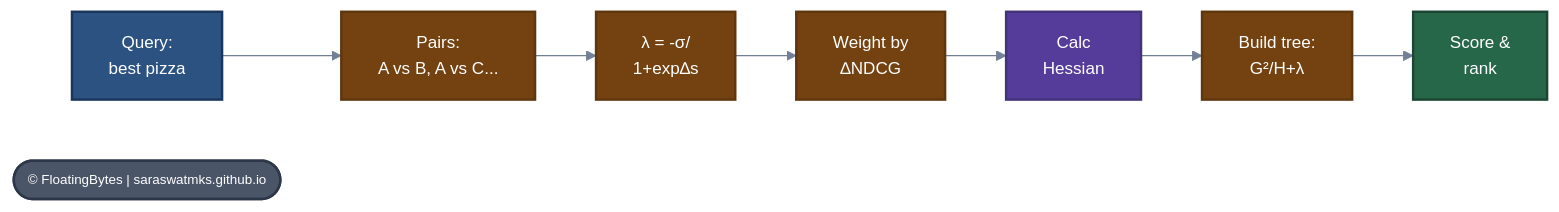
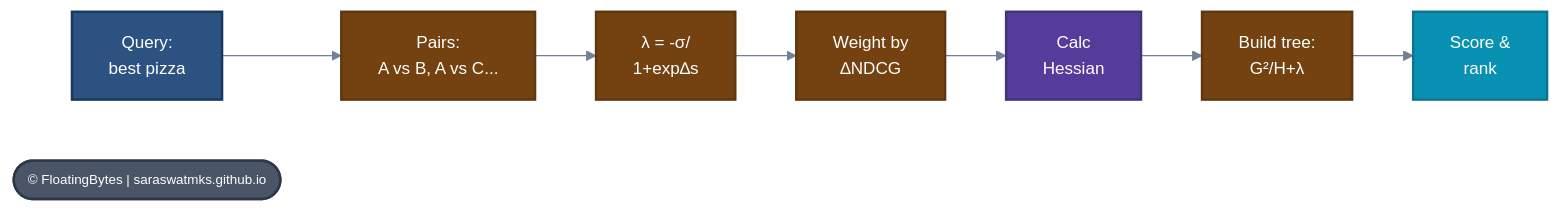
One commit to saraswatmks/saraswatmks.github.com changed the second of 4 diagrams in _posts/2026/2026-02-07-lightgbm_pairwise_lambdarank.md. Above: the diagram before and after it, drawn with Mermaid. The commit also changed other lines of this file, not shown here.

Commit message:
Fix Mermaid colors and LaTeX rendering

````diff
--- a/_posts/2026/2026-02-07-lightgbm_pairwise_lambdarank.md
+++ b/_posts/2026/2026-02-07-lightgbm_pairwise_lambdarank.md
@@ -129,35 +129,35 @@
 ```mermaid
 %%{init: {
   'theme': 'base',
   'themeVariables': {
     'primaryColor': '#2C5282',
     'primaryTextColor': '#FFFFFF',
     'primaryBorderColor': '#1A365D',
     'lineColor': '#718096',
     'secondaryColor': '#744210',
-    'tertiaryColor': '#276749',
+    'tertiaryColor': '#0891B2',
     'fontSize': '14px',
     'fontFamily': 'system-ui, -apple-system, sans-serif'
   }
 }}%%
 
 flowchart LR
     A[Query:<br/>best pizza] --> B[Pairs:<br/>A vs B, A vs C...]
     B --> C[λ = -σ/<br/>1+exp∆s]
     C --> D[Weight by<br/>∆NDCG]
     D --> E[Calc<br/>Hessian]
     E --> F[Build tree:<br/>G²/H+λ]
     F --> G[Score &<br/>rank]
 
     WM(["© FloatingBytes | saraswatmks.github.io"])
 
     style A fill:#2C5282,stroke:#1A365D,stroke-width:2px,color:#FFFFFF
     style B fill:#744210,stroke:#5F370E,stroke-width:2px,color:#FFFFFF
     style C fill:#744210,stroke:#5F370E,stroke-width:2px,color:#FFFFFF
     style D fill:#744210,stroke:#5F370E,stroke-width:2px,color:#FFFFFF
     style E fill:#553C9A,stroke:#44337A,stroke-width:2px,color:#FFFFFF
     style F fill:#744210,stroke:#5F370E,stroke-width:2px,color:#FFFFFF
-    style G fill:#276749,stroke:#1C4532,stroke-width:2px,color:#FFFFFF
+    style G fill:#0891B2,stroke:#0E7490,stroke-width:2px,color:#FFFFFF
     style WM fill:#4A5568,stroke:#2D3748,stroke-width:2px,color:#FFFFFF,font-size:11px
 
 ```
````
